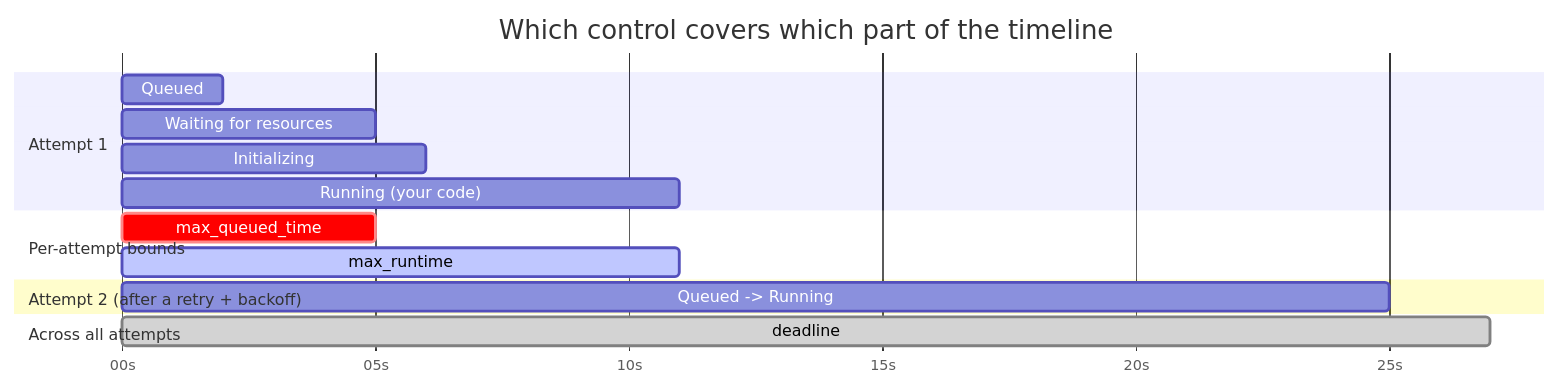
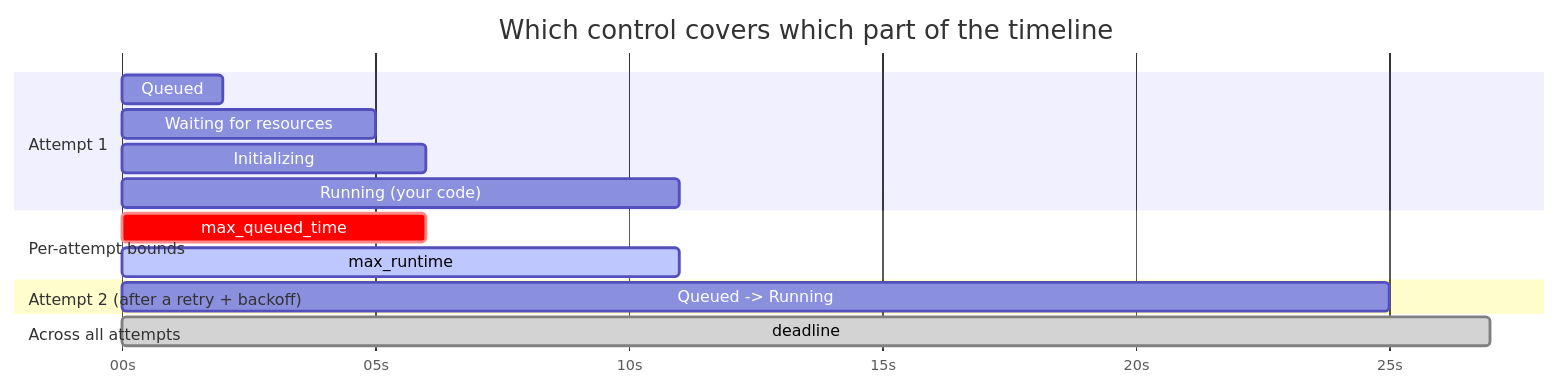
The diagram in content/user-guide/tasks/task-configuration/retries-and-timeouts.md (unionai/unionai-docs), drawn with Mermaid before and after one commit. The commit also changed other lines of this file, not shown here.

First line of the commit message:
Retries and timeouts: fix the backoff delay list, charge Initializing to max_queued_time, and state where max_queued_time is enforced

````diff
--- a/content/user-guide/tasks/task-configuration/retries-and-timeouts.md
+++ b/content/user-guide/tasks/task-configuration/retries-and-timeouts.md
@@ -38,22 +38,22 @@
 ```mermaid
 gantt
     title Which control covers which part of the timeline
     dateFormat X
     axisFormat %Ss
 
     section Attempt 1
     Queued                  :q1, 0, 2
     Waiting for resources   :w1, 2, 5
     Initializing            :i1, 5, 6
     Running (your code)     :r1, 6, 11
 
     section Per-attempt bounds
-    max_queued_time         :crit, 0, 5
+    max_queued_time         :crit, 0, 6
     max_runtime             :active, 6, 11
 
     section Attempt 2 (after a retry + backoff)
     Queued -> Running       :q2, 14, 25
 
     section Across all attempts
     deadline                :done, 0, 27
 ```
````
